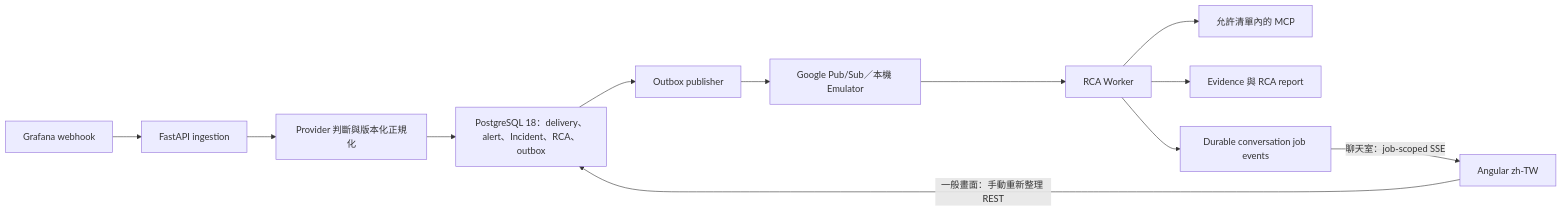
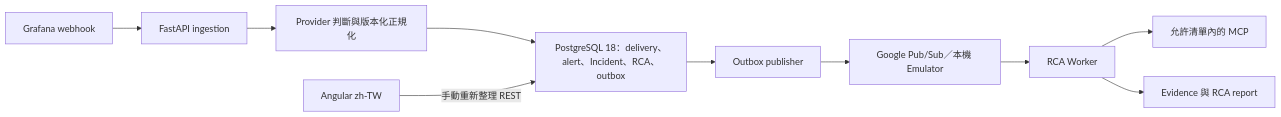
One commit to LinYungYuan/cloud-sre-ai-agent changed the diagram in docs/superpowers/specs/2026-08-13-grafana-normalization-rca-worker-design.md. Above: the diagram before and after it, drawn with Mermaid. The commit also changed other lines of this file and 1 other file, not shown here.

````diff
--- a/docs/superpowers/specs/2026-08-13-grafana-normalization-rca-worker-design.md
+++ b/docs/superpowers/specs/2026-08-13-grafana-normalization-rca-worker-design.md
@@ -40,14 +41,12 @@
 ```mermaid
 flowchart LR
     G["Grafana webhook"] --> A["FastAPI ingestion"]
     A --> N["Provider 判斷與版本化正規化"]
     N --> D["PostgreSQL 18：delivery、alert、Incident、RCA、outbox"]
     D --> O["Outbox publisher"]
     O --> P["Google Pub/Sub／本機 Emulator"]
     P --> W["RCA Worker"]
     W --> M["允許清單內的 MCP"]
     W --> R["Evidence 與 RCA report"]
-    U["Angular zh-TW"] -->|"一般畫面：手動重新整理 REST"| D
-    W --> C["Durable conversation job events"]
-    C -->|"聊天室：job-scoped SSE"| U
+    U["Angular zh-TW"] -->|"手動重新整理 REST"| D
 ```
````
